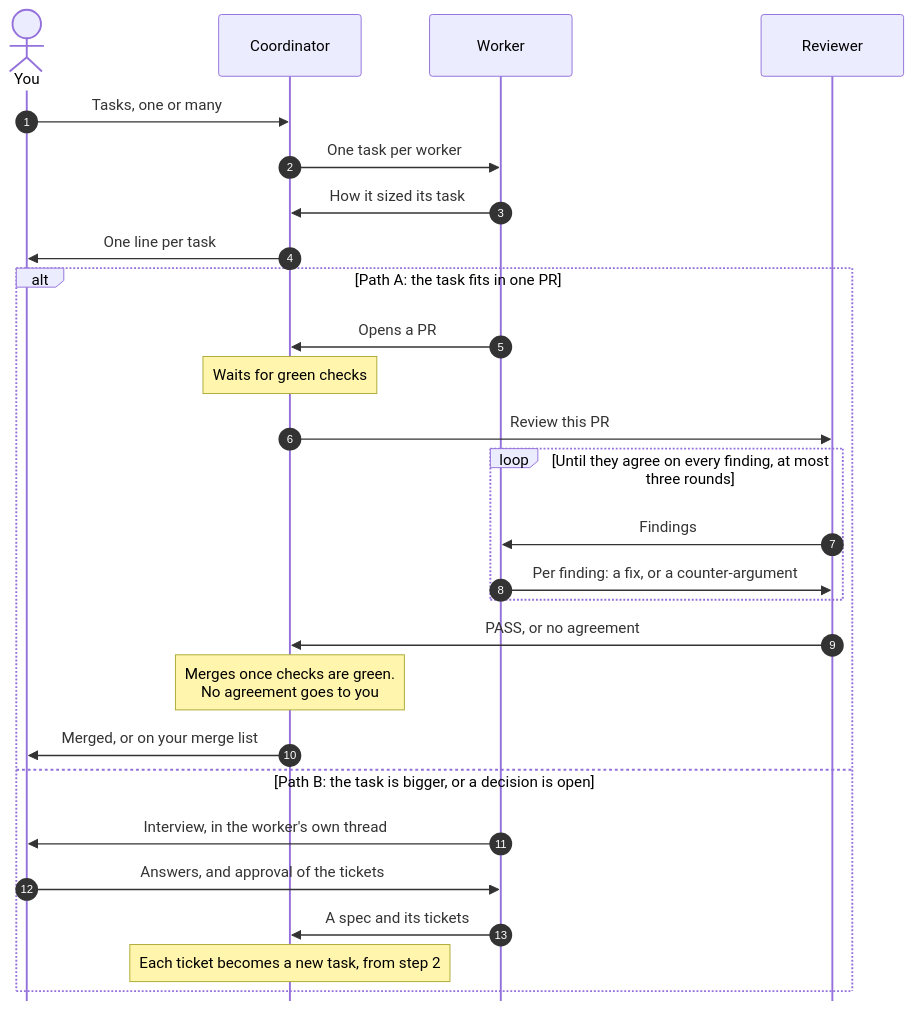
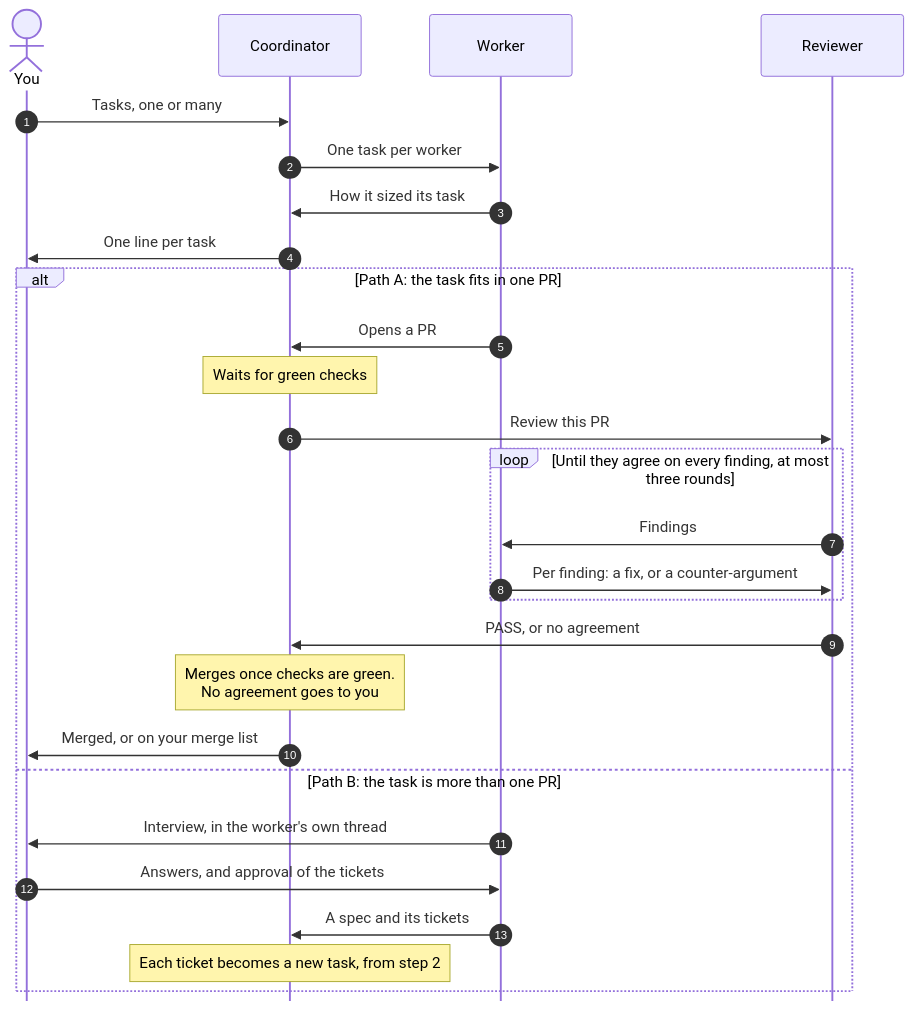
Before and after one commit to dante-sparras/skills: the diagram in README.md, drawn with Mermaid. The commit also changed other lines of this file and 19 other files, not shown here.

First line of the commit message:
fix(skills): act on the review of the auto-mode flow (#32)

````diff
--- a/README.md
+++ b/README.md
@@ -16,32 +16,32 @@
 ```mermaid
 %%{init: {"sequence": {"mirrorActors": false}}}%%
 sequenceDiagram
     autonumber
     actor You
     participant C as Coordinator
     participant W as Worker
     participant R as Reviewer
 
     You->>C: Tasks, one or many
     C->>W: One task per worker
     W->>C: How it sized its task
     C->>You: One line per task
 
     alt Path A: the task fits in one PR
         W->>C: Opens a PR
         Note over C: Waits for green checks
         C->>R: Review this PR
         loop Until they agree on every finding, at most three rounds
             R->>W: Findings
             W->>R: Per finding: a fix, or a counter-argument
         end
         R->>C: PASS, or no agreement
         Note over C: Merges once checks are green.<br/>No agreement goes to you
         C->>You: Merged, or on your merge list
-    else Path B: the task is bigger, or a decision is open
+    else Path B: the task is more than one PR
         W->>You: Interview, in the worker's own thread
         You->>W: Answers, and approval of the tickets
         W->>C: A spec and its tickets
         Note over C: Each ticket becomes a new task, from step 2
     end
 ```
````
